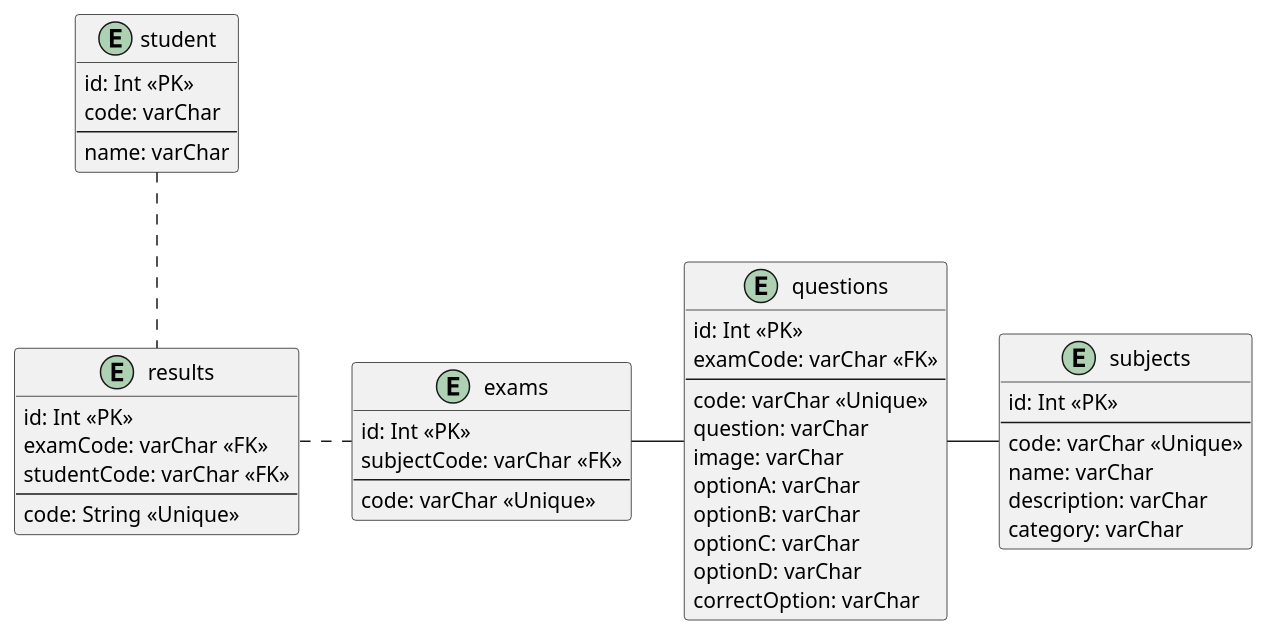
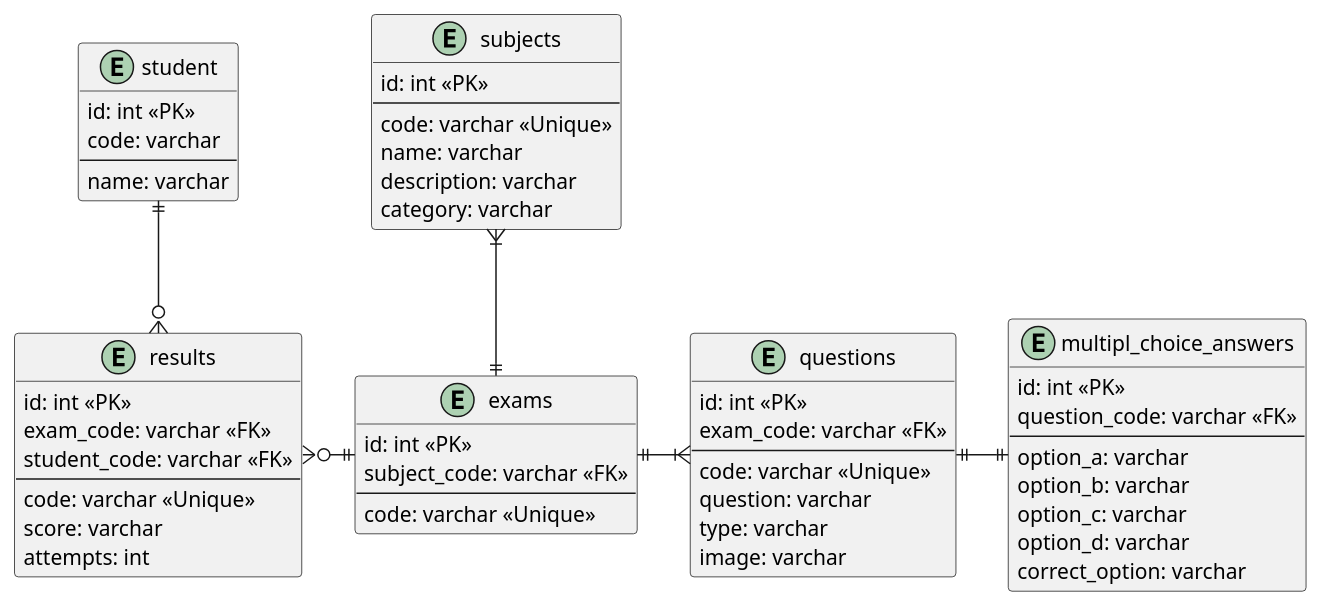
One commit to Tevingatheru/Funzo changed the diagram in docs/erd.md. Above: the diagram before and after it, drawn with PlantUML. The commit also changed 4 other files, not shown here.

Commit message:
modify erd and add sequence diagrams for login, logout, subject display and subect selection

````diff
--- a/docs/erd.md
+++ b/docs/erd.md
@@ -1,57 +1,67 @@
 ```plantuml
 @startuml
 entity subjects {
-  id: Int <<PK>>
+  id: int <<PK>>
   --
-  code: varChar <<Unique>>
-  name: varChar 
-  description: varChar 
-  category: varChar 
+  code: varchar <<Unique>>
+  name: varchar 
+  description: varchar 
+  category: varchar 
 }
 
 entity questions {
-  id: Int <<PK>>
-  examCode: varChar <<FK>>
+  id: int <<PK>>
+  exam_code: varchar <<FK>>
   --
-  code: varChar <<Unique>>
-  question: varChar
-  image: varChar
-  optionA: varChar
-  optionB: varChar
-  optionC: varChar
-  optionD: varChar
-  correctOption: varChar
+  code: varchar <<Unique>>
+  question: varchar
+  type: varchar
+  image: varchar
 }
 
+entity "multipl_choice_answers" as answers{
+  id: int <<PK>>
+  question_code: varchar <<FK>>
+  --
+  option_a: varchar
+  option_b: varchar
+  option_c: varchar
+  option_d: varchar
+  correct_option: varchar
+} 
+
+
 entity exams {
-  id: Int <<PK>>
-  subjectCode: varChar <<FK>>
+  id: int <<PK>>
+  subject_code: varchar <<FK>>
   --
-  code: varChar <<Unique>>
+  code: varchar <<Unique>>
 }
 
 
 entity results {
-  id: Int <<PK>>
-  examCode: varChar <<FK>>
-  studentCode: varChar <<FK>>
+  id: int <<PK>>
+  exam_code: varchar <<FK>>
+  student_code: varchar <<FK>>
   --
-  code: String <<Unique>>
+  code: varchar <<Unique>>
+  score: varchar
+  attempts: int
 }
 
 entity student {
-  id: Int <<PK>>
-  code: varChar
+  id: int <<PK>>
+  code: varchar
   --
-  name: varChar
+  name: varchar
 }
 
  
-exams - questions
-questions - subjects
+exams ||-up-|{ subjects
+exams ||-right-|{ questions
+questions ||-|| answers
+results }o-up-|| student
+results }o-|| exams
 
-
-results .up. student
-results . exams
 @enduml
 ```
````
